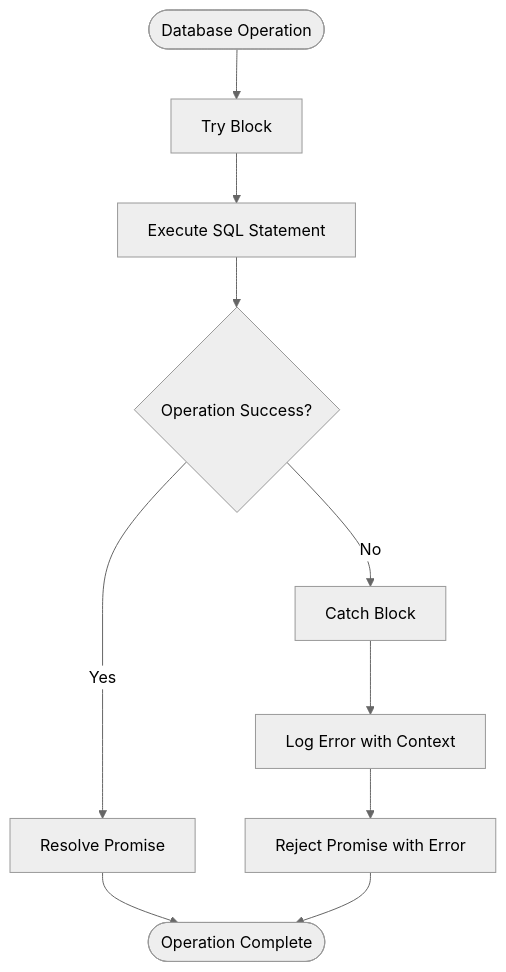
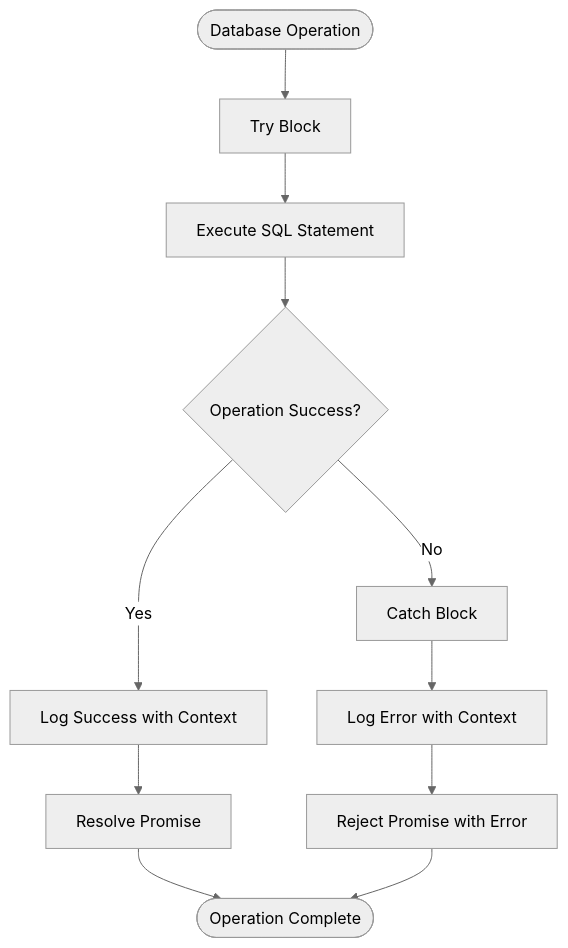
One commit to Armanda888/appointment-voice-agent changed the ninth of 18 diagrams in .qoder/repowiki/en/content/Core Components/Database Management.md. Above: the diagram before and after it, drawn with Mermaid (neutral theme). The commit also changed other lines of this file and 10 other files, not shown here.

````diff
--- a/.qoder/repowiki/en/content/Core Components/Database Management.md
+++ b/.qoder/repowiki/en/content/Core Components/Database Management.md
@@ -308,12 +338,13 @@
 ```mermaid
 flowchart TD
 Operation([Database Operation]) --> TryBlock["Try Block"]
 TryBlock --> Execute["Execute SQL Statement"]
 Execute --> Success{"Operation Success?"}
-Success --> |Yes| Resolve["Resolve Promise"]
+Success --> |Yes| LogSuccess["Log Success with Context"]
+LogSuccess --> Resolve["Resolve Promise"]
 Success --> |No| CatchBlock["Catch Block"]
 CatchBlock --> LogError["Log Error with Context"]
 LogError --> Reject["Reject Promise with Error"]
 Resolve --> End([Operation Complete])
 Reject --> End
 ```
````
